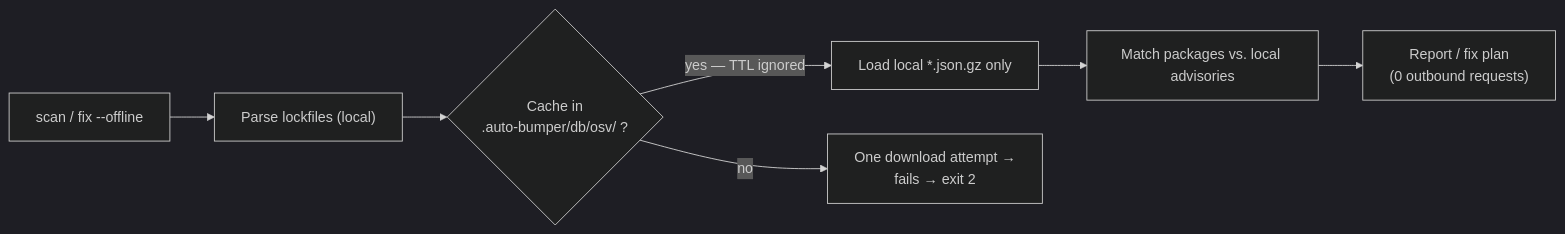
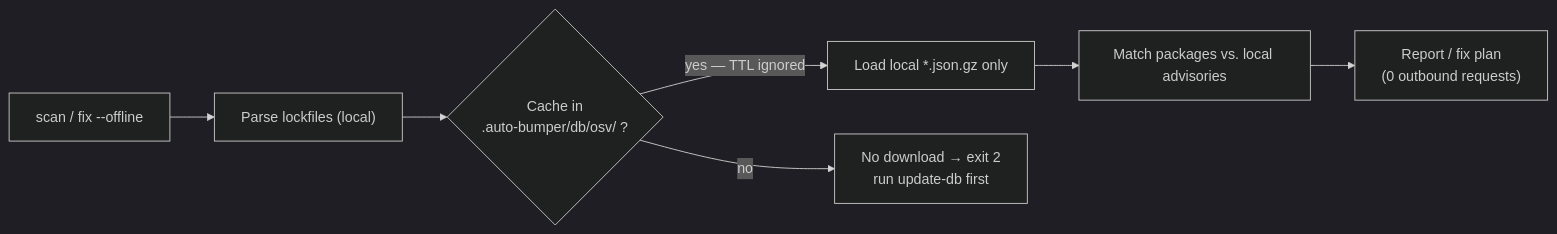
One commit to sloppylopez/auto-bumper changed the diagram in README.md. Above: the diagram before and after it, drawn with Mermaid (dark theme). The commit also changed other lines of this file and 15 other files, not shown here.

````diff
--- a/README.md
+++ b/README.md
@@ -447,9 +448,9 @@
 ```mermaid
 flowchart LR
     A["scan / fix --offline"] --> B["Parse lockfiles (local)"]
     B --> C{"Cache in<br/>.auto-bumper/db/osv/ ?"}
     C -- "yes — TTL ignored" --> D["Load local *.json.gz only"]
-    C -- "no" --> E["One download attempt →<br/>fails → exit 2"]
+    C -- "no" --> E["No download → exit 2<br/>run update-db first"]
     D --> F["Match packages vs. local advisories"]
     F --> G["Report / fix plan<br/>(0 outbound requests)"]
 ```
````
